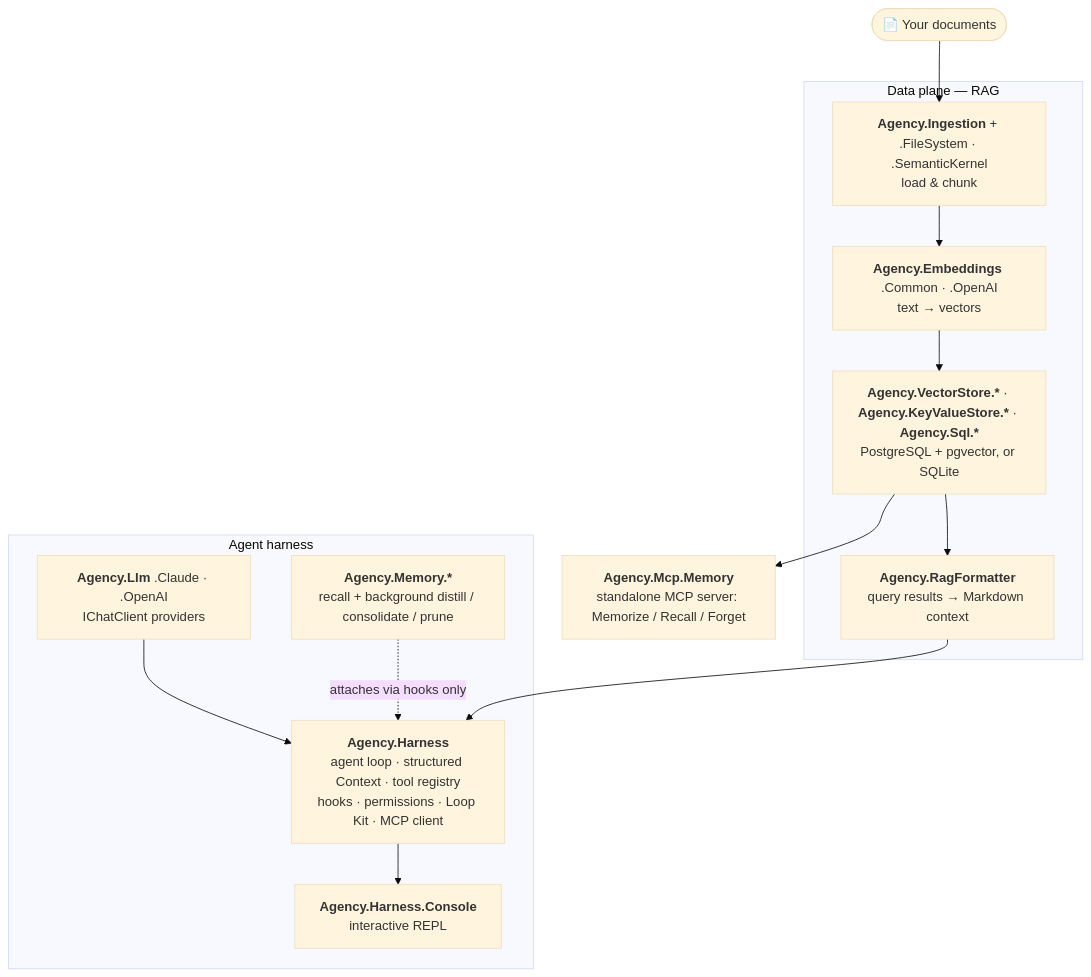
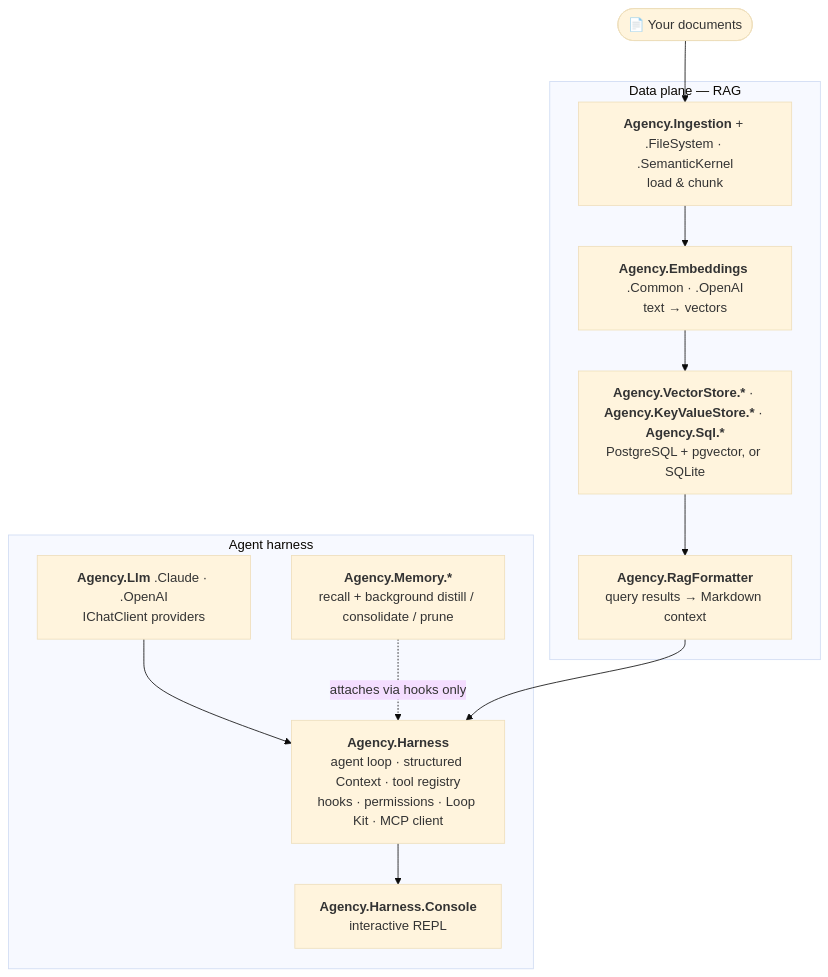
The diagram in README.md (emreaydinceren/Agency.NET), drawn with Mermaid (base theme) before and after one commit. The commit also changed other lines of this file and 55 other files, not shown here.

First line of the commit message:
chore(mcp): remove Agency.Mcp.Memory project and all integration

````diff
--- a/README.md
+++ b/README.md
@@ -421,24 +421,23 @@
 ```mermaid
 graph TD
     subgraph DATA ["Data plane — RAG"]
         ING["<b>Agency.Ingestion</b> + .FileSystem · .SemanticKernel<br/>load &amp; chunk"]
         EMB["<b>Agency.Embeddings</b> .Common · .OpenAI<br/>text → vectors"]
         STORE["<b>Agency.VectorStore.*</b> · <b>Agency.KeyValueStore.*</b> · <b>Agency.Sql.*</b><br/>PostgreSQL + pgvector, or SQLite"]
         FMT["<b>Agency.RagFormatter</b><br/>query results → Markdown context"]
         ING --> EMB --> STORE --> FMT
     end
 
     subgraph AGENTSIDE ["Agent harness"]
         LLM["<b>Agency.Llm</b> .Claude · .OpenAI<br/>IChatClient providers"]
         HARNESS["<b>Agency.Harness</b><br/>agent loop · structured Context · tool registry<br/>hooks · permissions · Loop Kit · MCP client"]
         MEM["<b>Agency.Memory.*</b><br/>recall + background distill / consolidate / prune"]
         CONSOLE["<b>Agency.Harness.Console</b><br/>interactive REPL"]
         LLM --> HARNESS
         MEM -. "attaches via hooks only" .-> HARNESS
         HARNESS --> CONSOLE
     end
 
     DOCS(["📄 Your documents"]) --> ING
     FMT --> HARNESS
-    STORE --> MCPSRV["<b>Agency.Mcp.Memory</b><br/>standalone MCP server: Memorize / Recall / Forget"]
 ```
````
